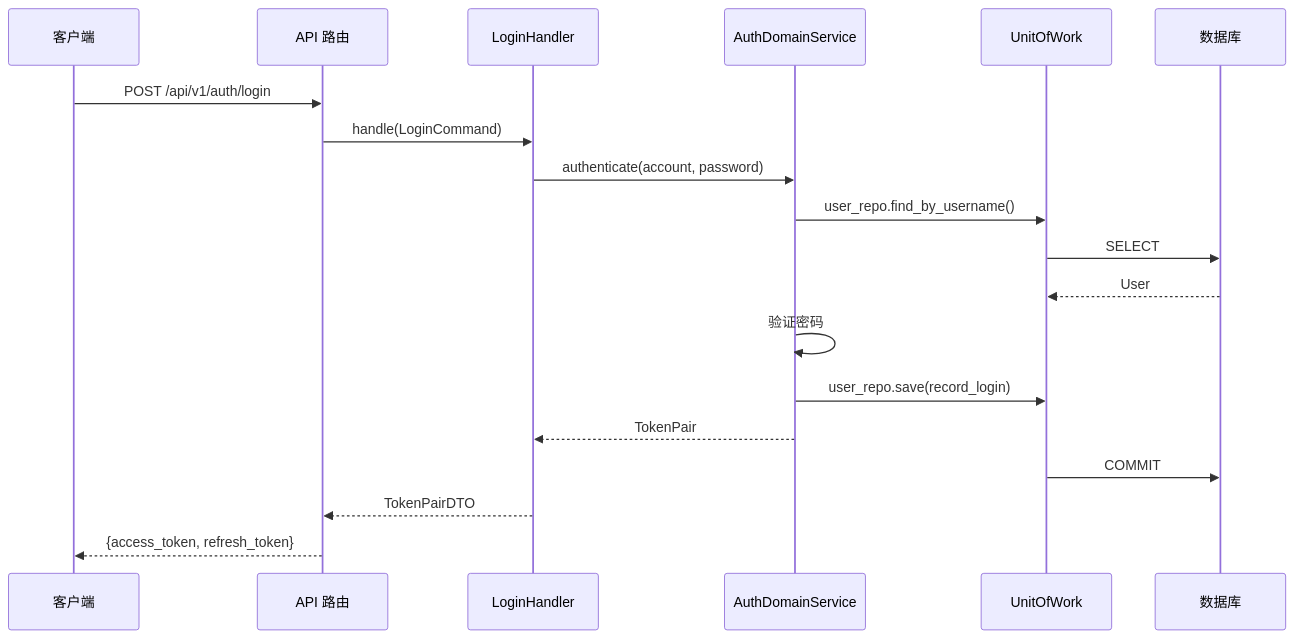
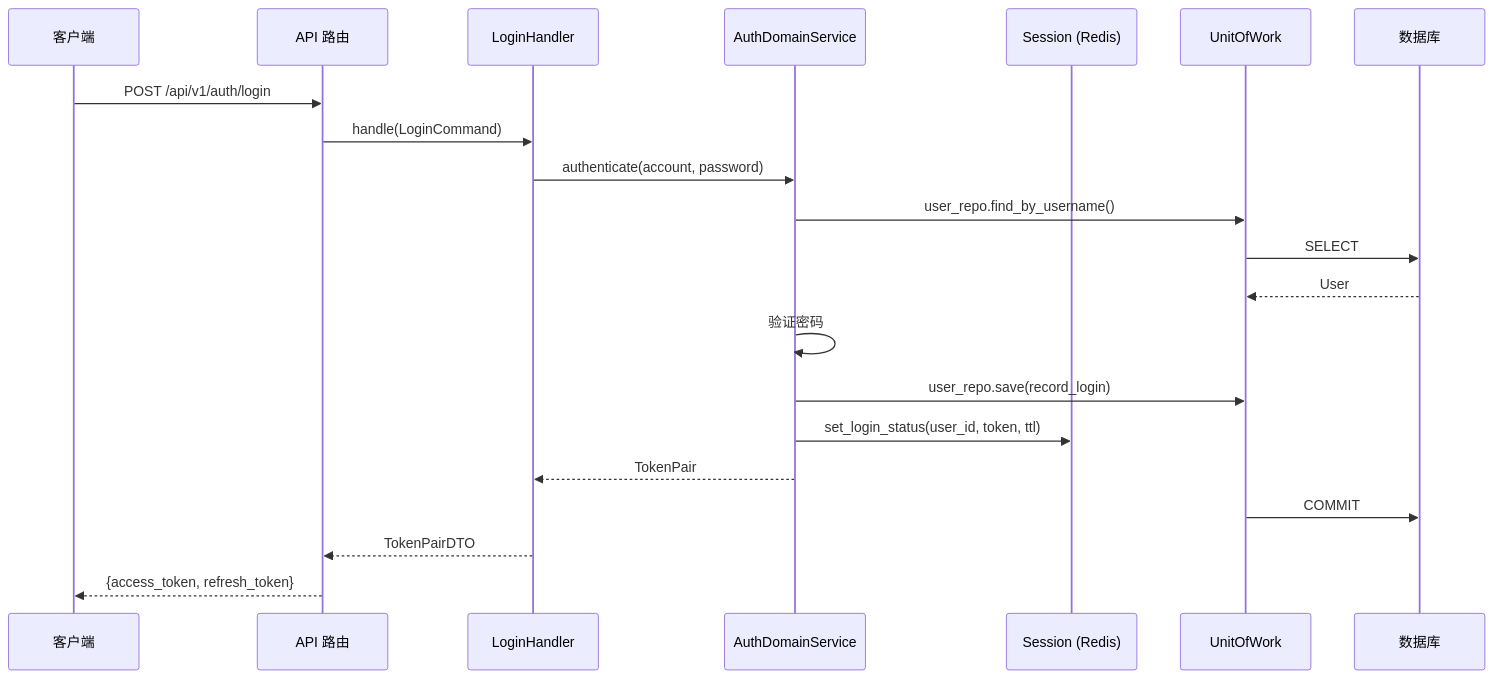
Before and after one commit to cross-lang/x-HanYang: the second of 3 diagrams in README.md, drawn with Mermaid. The commit also changed other lines of this file and 55 other files, not shown here.

````diff
--- a/README.md
+++ b/README.md
@@ -273,22 +293,24 @@
 ```mermaid
 sequenceDiagram
     participant C as 客户端
     participant R as API 路由
     participant H as LoginHandler
     participant A as AuthDomainService
+    participant S as Session (Redis)
     participant U as UnitOfWork
     participant DB as 数据库
 
     C->>R: POST /api/v1/auth/login
     R->>H: handle(LoginCommand)
     H->>A: authenticate(account, password)
     A->>U: user_repo.find_by_username()
     U->>DB: SELECT
     DB-->>U: User
     A->>A: 验证密码
     A->>U: user_repo.save(record_login)
+    A->>S: set_login_status(user_id, token, ttl)
     A-->>H: TokenPair
     U->>DB: COMMIT
     H-->>R: TokenPairDTO
     R-->>C: {access_token, refresh_token}
 ```
````
